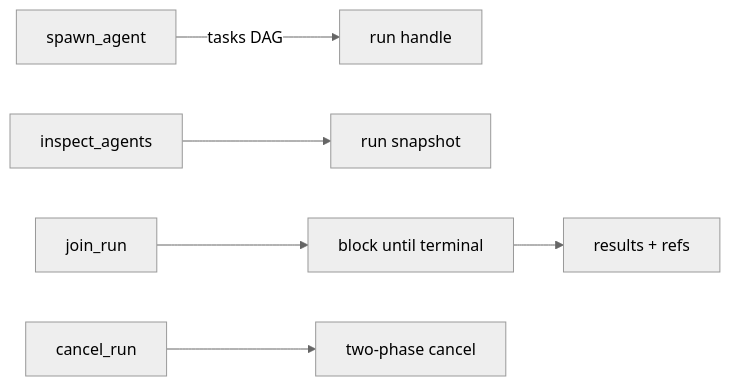
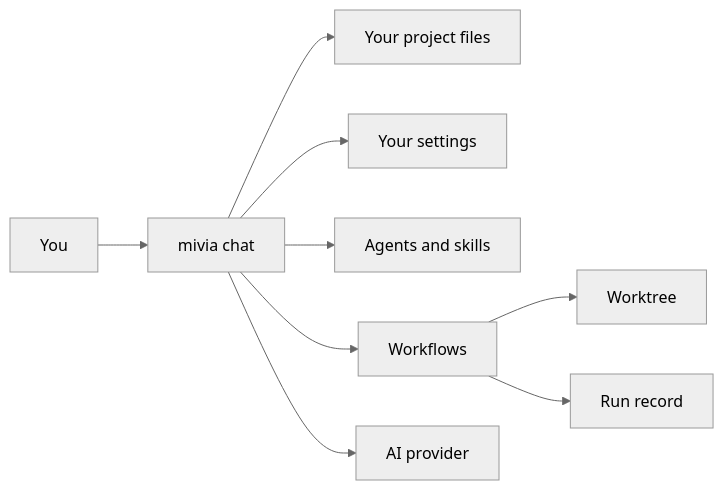
Before and after one commit to MiviaLabs/mivia-agent: the diagram in README.md, drawn with Mermaid (neutral theme). The commit also changed other lines of this file and 40 other files, not shown here.

````diff
--- a/README.md
+++ b/README.md
@@ -168,8 +59,11 @@
 ```mermaid
 flowchart LR
-    spawn_agent -->|"tasks DAG"| run_handle["run handle"]
-    inspect_agents --> snapshot["run snapshot"]
-    join_run --> block["block until terminal"]
-    block --> results["results + refs"]
-    cancel_run --> cancel["two-phase cancel"]
+    You["You"] --> Chat["mivia chat"]
+    Chat --> Files["Your project files"]
+    Chat --> Config["Your settings"]
+    Chat --> Agents["Agents and skills"]
+    Chat --> Workflows["Workflows"]
+    Workflows --> Worktree["Worktree"]
+    Workflows --> Ledger["Run record"]
+    Chat --> Provider["AI provider"]
 ```
````
